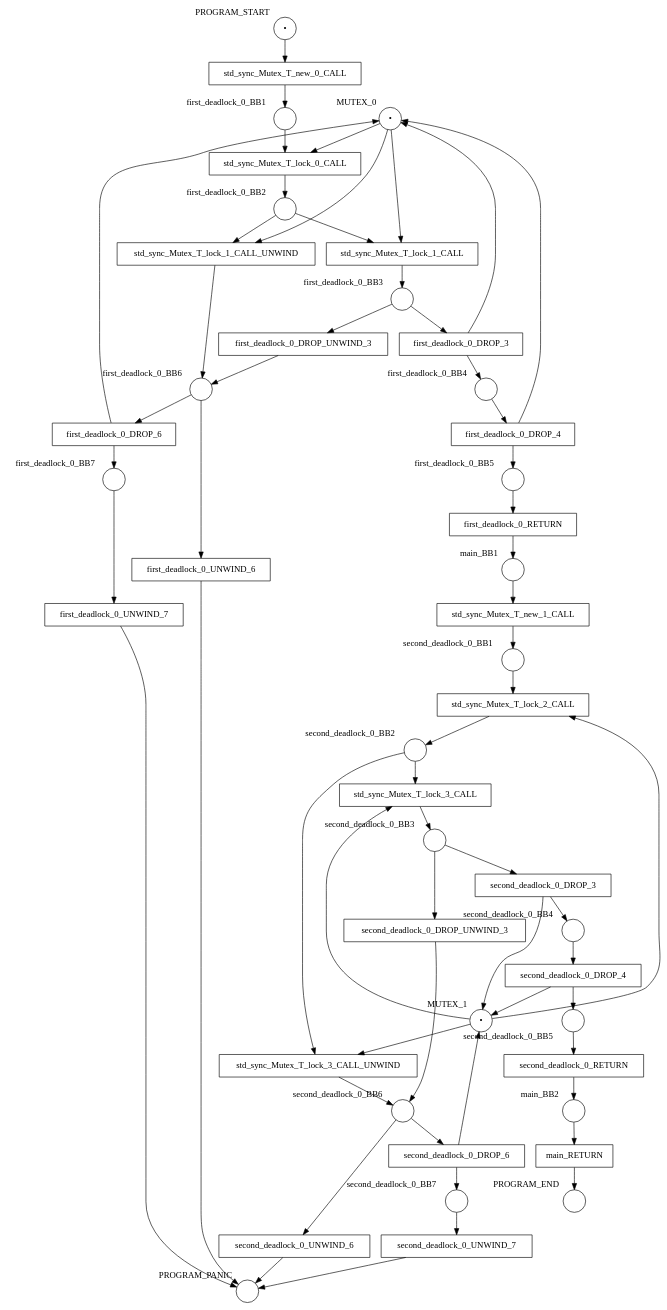
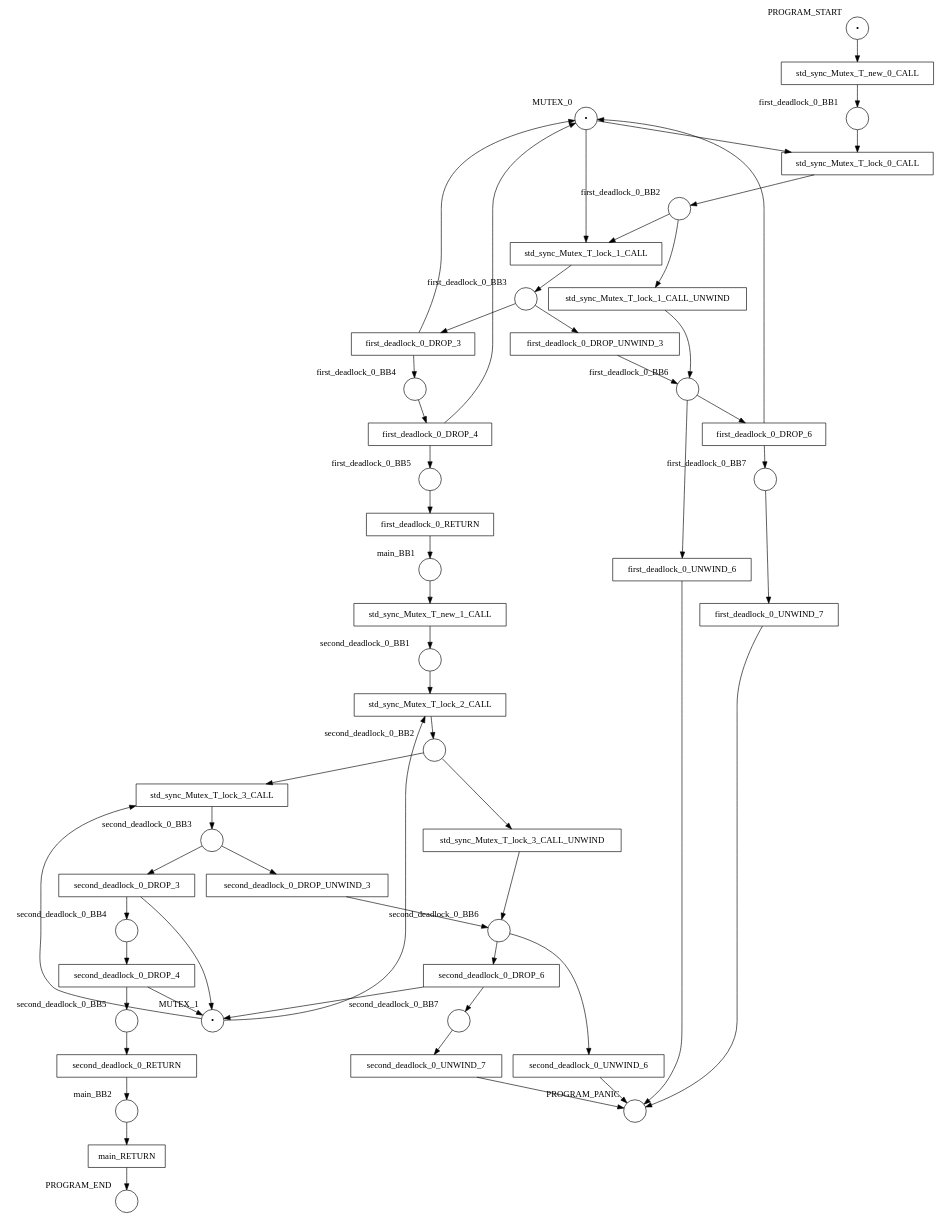
One commit to hlisdero/cargo-check-deadlock changed the diagram in examples/results/mutex/double_lock_deadlock_in_function/net.dot. Above: the diagram before and after it, drawn with Graphviz. The commit also changed 21 other files, not shown here.

First line of the commit message:
Do not connect `std::sync::mutex::lock` unwind transition to mutex place

```diff
--- a/examples/results/mutex/double_lock_deadlock_in_function/net.dot
+++ b/examples/results/mutex/double_lock_deadlock_in_function/net.dot
@@ -1,104 +1,102 @@
 digraph petrinet {
     MUTEX_0 [shape="circle" xlabel="MUTEX_0" label="•"];
     MUTEX_1 [shape="circle" xlabel="MUTEX_1" label="•"];
     PROGRAM_END [shape="circle" xlabel="PROGRAM_END" label=""];
     PROGRAM_PANIC [shape="circle" xlabel="PROGRAM_PANIC" label=""];
     PROGRAM_START [shape="circle" xlabel="PROGRAM_START" label="•"];
     first_deadlock_0_BB1 [shape="circle" xlabel="first_deadlock_0_BB1" label=""];
     first_deadlock_0_BB2 [shape="circle" xlabel="first_deadlock_0_BB2" label=""];
     first_deadlock_0_BB3 [shape="circle" xlabel="first_deadlock_0_BB3" label=""];
     first_deadlock_0_BB4 [shape="circle" xlabel="first_deadlock_0_BB4" label=""];
     first_deadlock_0_BB5 [shape="circle" xlabel="first_deadlock_0_BB5" label=""];
     first_deadlock_0_BB6 [shape="circle" xlabel="first_deadlock_0_BB6" label=""];
     first_deadlock_0_BB7 [shape="circle" xlabel="first_deadlock_0_BB7" label=""];
     main_BB1 [shape="circle" xlabel="main_BB1" label=""];
     main_BB2 [shape="circle" xlabel="main_BB2" label=""];
     second_deadlock_0_BB1 [shape="circle" xlabel="second_deadlock_0_BB1" label=""];
     second_deadlock_0_BB2 [shape="circle" xlabel="second_deadlock_0_BB2" label=""];
     second_deadlock_0_BB3 [shape="circle" xlabel="second_deadlock_0_BB3" label=""];
     second_deadlock_0_BB4 [shape="circle" xlabel="second_deadlock_0_BB4" label=""];
     second_deadlock_0_BB5 [shape="circle" xlabel="second_deadlock_0_BB5" label=""];
     second_deadlock_0_BB6 [shape="circle" xlabel="second_deadlock_0_BB6" label=""];
     second_deadlock_0_BB7 [shape="circle" xlabel="second_deadlock_0_BB7" label=""];
     first_deadlock_0_DROP_3 [shape="box" xlabel="" label="first_deadlock_0_DROP_3"];
     first_deadlock_0_DROP_4 [shape="box" xlabel="" label="first_deadlock_0_DROP_4"];
     first_deadlock_0_DROP_6 [shape="box" xlabel="" label="first_deadlock_0_DROP_6"];
     first_deadlock_0_DROP_UNWIND_3 [shape="box" xlabel="" label="first_deadlock_0_DROP_UNWIND_3"];
     first_deadlock_0_RETURN [shape="box" xlabel="" label="first_deadlock_0_RETURN"];
     first_deadlock_0_UNWIND_6 [shape="box" xlabel="" label="first_deadlock_0_UNWIND_6"];
     first_deadlock_0_UNWIND_7 [shape="box" xlabel="" label="first_deadlock_0_UNWIND_7"];
     main_RETURN [shape="box" xlabel="" label="main_RETURN"];
     second_deadlock_0_DROP_3 [shape="box" xlabel="" label="second_deadlock_0_DROP_3"];
     second_deadlock_0_DROP_4 [shape="box" xlabel="" label="second_deadlock_0_DROP_4"];
     second_deadlock_0_DROP_6 [shape="box" xlabel="" label="second_deadlock_0_DROP_6"];
     second_deadlock_0_DROP_UNWIND_3 [shape="box" xlabel="" label="second_deadlock_0_DROP_UNWIND_3"];
     second_deadlock_0_RETURN [shape="box" xlabel="" label="second_deadlock_0_RETURN"];
     second_deadlock_0_UNWIND_6 [shape="box" xlabel="" label="second_deadlock_0_UNWIND_6"];
     second_deadlock_0_UNWIND_7 [shape="box" xlabel="" label="second_deadlock_0_UNWIND_7"];
     std_sync_Mutex_T_lock_0_CALL [shape="box" xlabel="" label="std_sync_Mutex_T_lock_0_CALL"];
     std_sync_Mutex_T_lock_1_CALL [shape="box" xlabel="" label="std_sync_Mutex_T_lock_1_CALL"];
     std_sync_Mutex_T_lock_1_CALL_UNWIND [shape="box" xlabel="" label="std_sync_Mutex_T_lock_1_CALL_UNWIND"];
     std_sync_Mutex_T_lock_2_CALL [shape="box" xlabel="" label="std_sync_Mutex_T_lock_2_CALL"];
     std_sync_Mutex_T_lock_3_CALL [shape="box" xlabel="" label="std_sync_Mutex_T_lock_3_CALL"];
     std_sync_Mutex_T_lock_3_CALL_UNWIND [shape="box" xlabel="" label="std_sync_Mutex_T_lock_3_CALL_UNWIND"];
     std_sync_Mutex_T_new_0_CALL [shape="box" xlabel="" label="std_sync_Mutex_T_new_0_CALL"];
     std_sync_Mutex_T_new_1_CALL [shape="box" xlabel="" label="std_sync_Mutex_T_new_1_CALL"];
     MUTEX_0 -> std_sync_Mutex_T_lock_0_CALL;
     MUTEX_0 -> std_sync_Mutex_T_lock_1_CALL;
-    MUTEX_0 -> std_sync_Mutex_T_lock_1_CALL_UNWIND;
     MUTEX_1 -> std_sync_Mutex_T_lock_2_CALL;
     MUTEX_1 -> std_sync_Mutex_T_lock_3_CALL;
-    MUTEX_1 -> std_sync_Mutex_T_lock_3_CALL_UNWIND;
     PROGRAM_START -> std_sync_Mutex_T_new_0_CALL;
     first_deadlock_0_BB1 -> std_sync_Mutex_T_lock_0_CALL;
     first_deadlock_0_BB2 -> std_sync_Mutex_T_lock_1_CALL;
     first_deadlock_0_BB2 -> std_sync_Mutex_T_lock_1_CALL_UNWIND;
     first_deadlock_0_BB3 -> first_deadlock_0_DROP_3;
     first_deadlock_0_BB3 -> first_deadlock_0_DROP_UNWIND_3;
     first_deadlock_0_BB4 -> first_deadlock_0_DROP_4;
     first_deadlock_0_BB5 -> first_deadlock_0_RETURN;
     first_deadlock_0_BB6 -> first_deadlock_0_DROP_6;
     first_deadlock_0_BB6 -> first_deadlock_0_UNWIND_6;
     first_deadlock_0_BB7 -> first_deadlock_0_UNWIND_7;
     main_BB1 -> std_sync_Mutex_T_new_1_CALL;
     main_BB2 -> main_RETURN;
     second_deadlock_0_BB1 -> std_sync_Mutex_T_lock_2_CALL;
     second_deadlock_0_BB2 -> std_sync_Mutex_T_lock_3_CALL;
     second_deadlock_0_BB2 -> std_sync_Mutex_T_lock_3_CALL_UNWIND;
     second_deadlock_0_BB3 -> second_deadlock_0_DROP_3;
     second_deadlock_0_BB3 -> second_deadlock_0_DROP_UNWIND_3;
     second_deadlock_0_BB4 -> second_deadlock_0_DROP_4;
     second_deadlock_0_BB5 -> second_deadlock_0_RETURN;
     second_deadlock_0_BB6 -> second_deadlock_0_DROP_6;
     second_deadlock_0_BB6 -> second_deadlock_0_UNWIND_6;
     second_deadlock_0_BB7 -> second_deadlock_0_UNWIND_7;
     first_deadlock_0_DROP_3 -> MUTEX_0;
     first_deadlock_0_DROP_3 -> first_deadlock_0_BB4;
     first_deadlock_0_DROP_4 -> MUTEX_0;
     first_deadlock_0_DROP_4 -> first_deadlock_0_BB5;
     first_deadlock_0_DROP_6 -> MUTEX_0;
     first_deadlock_0_DROP_6 -> first_deadlock_0_BB7;
     first_deadlock_0_DROP_UNWIND_3 -> first_deadlock_0_BB6;
     first_deadlock_0_RETURN -> main_BB1;
     first_deadlock_0_UNWIND_6 -> PROGRAM_PANIC;
     first_deadlock_0_UNWIND_7 -> PROGRAM_PANIC;
     main_RETURN -> PROGRAM_END;
     second_deadlock_0_DROP_3 -> MUTEX_1;
     second_deadlock_0_DROP_3 -> second_deadlock_0_BB4;
     second_deadlock_0_DROP_4 -> MUTEX_1;
     second_deadlock_0_DROP_4 -> second_deadlock_0_BB5;
     second_deadlock_0_DROP_6 -> MUTEX_1;
     second_deadlock_0_DROP_6 -> second_deadlock_0_BB7;
     second_deadlock_0_DROP_UNWIND_3 -> second_deadlock_0_BB6;
     second_deadlock_0_RETURN -> main_BB2;
     second_deadlock_0_UNWIND_6 -> PROGRAM_PANIC;
     second_deadlock_0_UNWIND_7 -> PROGRAM_PANIC;
     std_sync_Mutex_T_lock_0_CALL -> first_deadlock_0_BB2;
     std_sync_Mutex_T_lock_1_CALL -> first_deadlock_0_BB3;
     std_sync_Mutex_T_lock_1_CALL_UNWIND -> first_deadlock_0_BB6;
     std_sync_Mutex_T_lock_2_CALL -> second_deadlock_0_BB2;
     std_sync_Mutex_T_lock_3_CALL -> second_deadlock_0_BB3;
     std_sync_Mutex_T_lock_3_CALL_UNWIND -> second_deadlock_0_BB6;
     std_sync_Mutex_T_new_0_CALL -> first_deadlock_0_BB1;
     std_sync_Mutex_T_new_1_CALL -> second_deadlock_0_BB1;
 }
```
